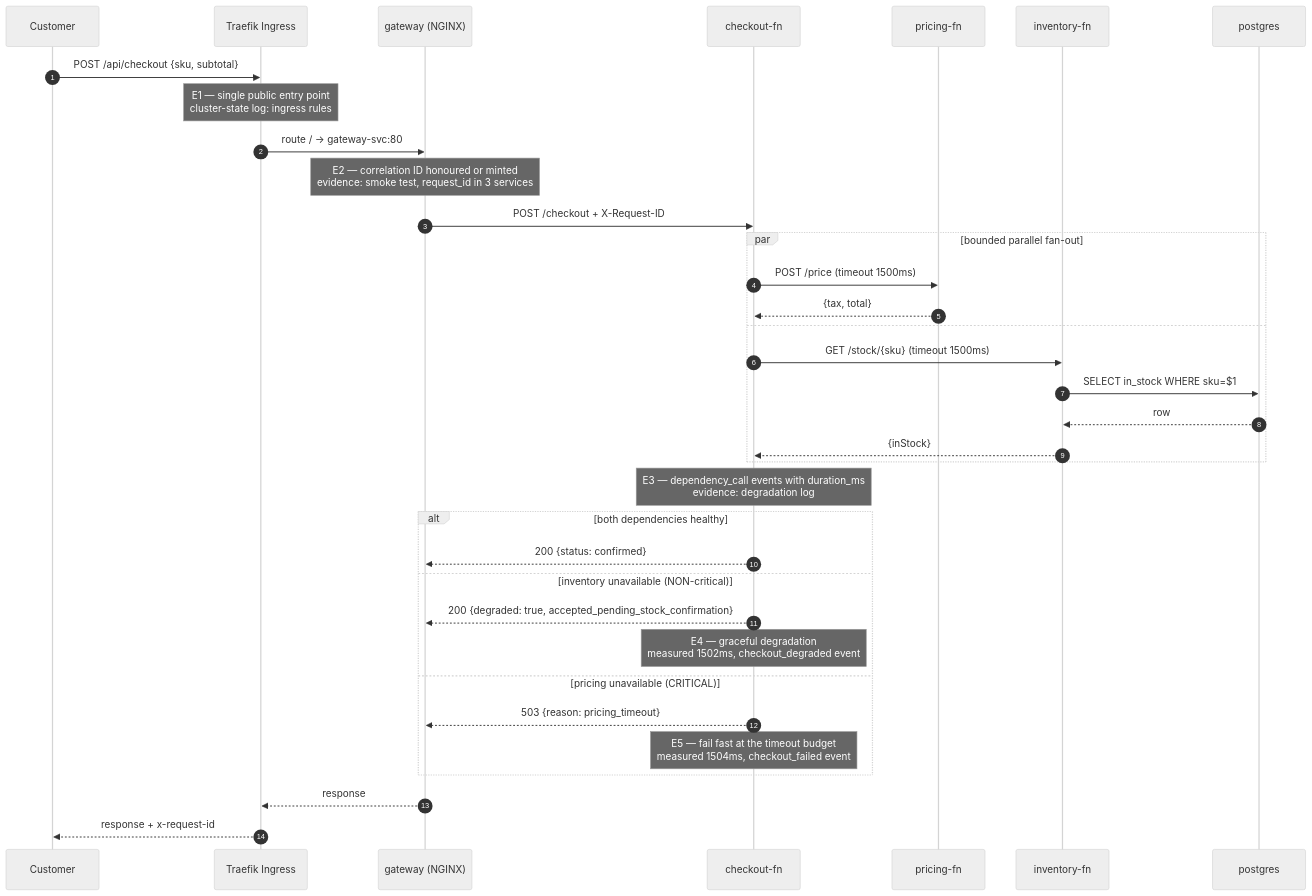
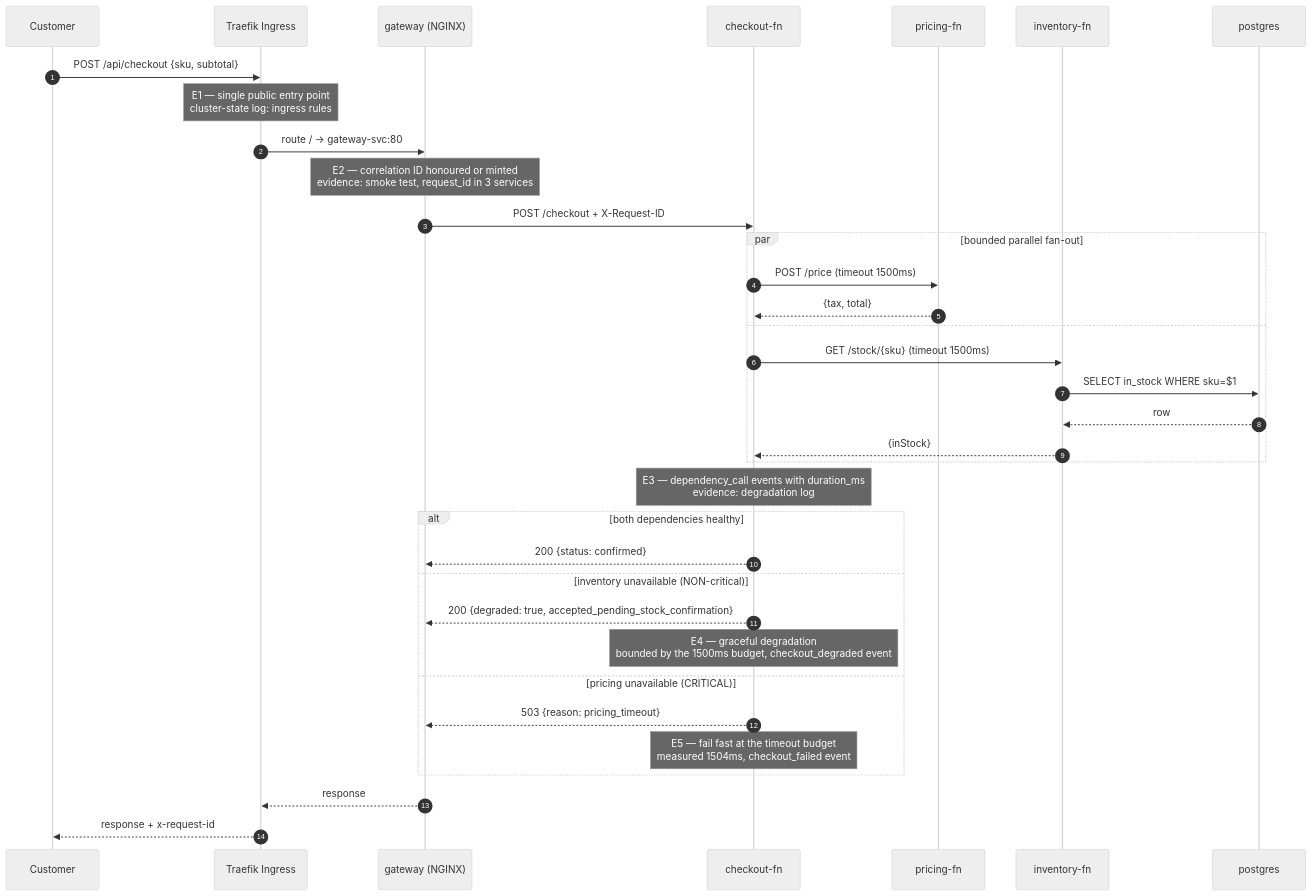
The diagram in docs/diagram-2-request-flow.md (TravellerXi/entph6001-checkout-platform), drawn with Mermaid (neutral theme) before and after one commit. The commit also changed 8 other files, not shown here.

First line of the commit message:
Sync docs with the submitted report; add standalone SVG diagrams

````diff
--- a/docs/diagram-2-request-flow.md
+++ b/docs/diagram-2-request-flow.md
@@ -3,41 +3,41 @@
 ```mermaid
 sequenceDiagram
     autonumber
     participant C as Customer
     participant T as Traefik Ingress
     participant G as gateway (NGINX)
     participant K as checkout-fn
     participant P as pricing-fn
     participant I as inventory-fn
     participant D as postgres
 
     C->>T: POST /api/checkout {sku, subtotal}
     Note over T: E1 — single public entry point<br/>cluster-state log: ingress rules
     T->>G: route / -> gateway-svc:80
     Note over G: E2 — correlation ID honoured or minted<br/>evidence: smoke test, request_id in 3 services
     G->>K: POST /checkout + X-Request-ID
 
     par bounded parallel fan-out
         K->>P: POST /price (timeout 1500ms)
         P-->>K: {tax, total}
     and
         K->>I: GET /stock/{sku} (timeout 1500ms)
         I->>D: SELECT in_stock WHERE sku=$1
         D-->>I: row
         I-->>K: {inStock}
     end
     Note over K: E3 — dependency_call events with duration_ms<br/>evidence: degradation log
 
     alt both dependencies healthy
         K-->>G: 200 {status: confirmed}
     else inventory unavailable (NON-critical)
         K-->>G: 200 {degraded: true, accepted_pending_stock_confirmation}
-        Note over K: E4 — graceful degradation<br/>measured 1502ms, checkout_degraded event
+        Note over K: E4 — graceful degradation<br/>bounded by the 1500ms budget, checkout_degraded event
     else pricing unavailable (CRITICAL)
         K-->>G: 503 {reason: pricing_timeout}
         Note over K: E5 — fail fast at the timeout budget<br/>measured 1504ms, checkout_failed event
     end
 
     G-->>T: response
     T-->>C: response + x-request-id
 ```
````
